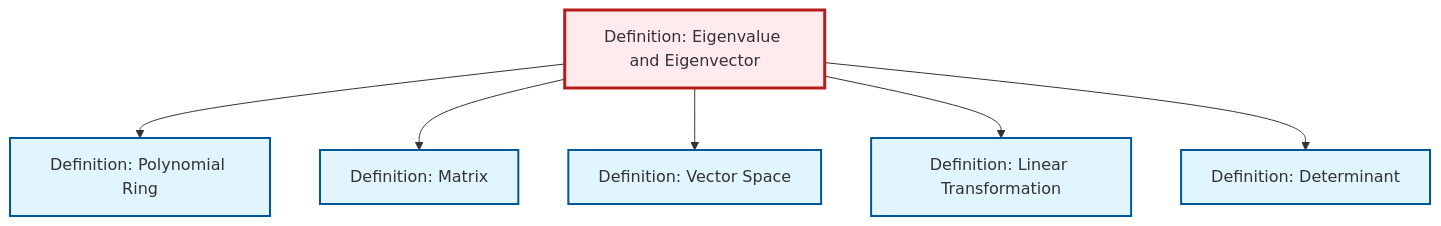
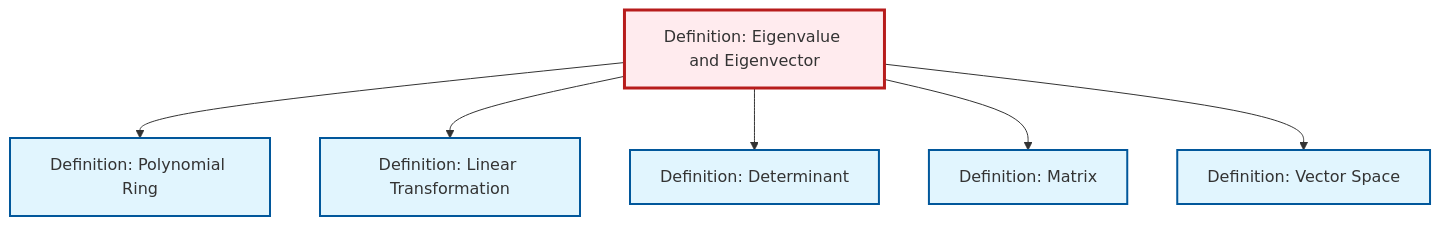
One commit to RK0429/ModernMath changed the diagram in content/ja/algebra/def-eigenvalue-eigenvector.qmd. Above: the diagram before and after it, drawn with Mermaid. The commit also changed other lines of this file and 554 other files, not shown here.

````diff
--- a/content/ja/algebra/def-eigenvalue-eigenvector.qmd
+++ b/content/ja/algebra/def-eigenvalue-eigenvector.qmd
@@ -77,26 +77,26 @@
 ```{mermaid}
 %%| fig-cap: "Local dependency graph"
 graph TD
     classDef definition fill:#e1f5fe,stroke:#01579b,stroke-width:2px
     classDef theorem fill:#f3e5f5,stroke:#4a148c,stroke-width:2px
     classDef axiom fill:#fff3e0,stroke:#e65100,stroke-width:2px
     classDef example fill:#e8f5e9,stroke:#1b5e20,stroke-width:2px
     classDef current fill:#ffebee,stroke:#b71c1c,stroke-width:3px
+    def-vector-space["Definition: Vector Space"]:::definition
+    def-linear-transformation["Definition: Linear Transformation"]:::definition
+    def-polynomial-ring["Definition: Polynomial Ring"]:::definition
+    def-matrix["Definition: Matrix"]:::definition
     def-determinant["Definition: Determinant"]:::definition
-    def-linear-transformation["Definition: Linear Transformation"]:::definition
     def-eigenvalue-eigenvector["Definition: Eigenvalue and Eigenvector"]:::definition
-    def-vector-space["Definition: Vector Space"]:::definition
-    def-matrix["Definition: Matrix"]:::definition
-    def-polynomial-ring["Definition: Polynomial Ring"]:::definition
     def-eigenvalue-eigenvector --> def-polynomial-ring
+    def-eigenvalue-eigenvector --> def-linear-transformation
+    def-eigenvalue-eigenvector --> def-determinant
     def-eigenvalue-eigenvector --> def-matrix
     def-eigenvalue-eigenvector --> def-vector-space
-    def-eigenvalue-eigenvector --> def-linear-transformation
-    def-eigenvalue-eigenvector --> def-determinant
     class def-eigenvalue-eigenvector current
+    click def-vector-space "def-vector-space.html" "Definition: Vector Spaceへ"
+    click def-linear-transformation "def-linear-transformation.html" "Definition: Linear Transformationへ"
+    click def-polynomial-ring "def-polynomial-ring.html" "Definition: Polynomial Ringへ"
+    click def-matrix "def-matrix.html" "Definition: Matrixへ"
     click def-determinant "def-determinant.html" "Definition: Determinantへ"
-    click def-linear-transformation "def-linear-transformation.html" "Definition: Linear Transformationへ"
-    click def-vector-space "def-vector-space.html" "Definition: Vector Spaceへ"
-    click def-matrix "def-matrix.html" "Definition: Matrixへ"
-    click def-polynomial-ring "def-polynomial-ring.html" "Definition: Polynomial Ringへ"
 ```
````
